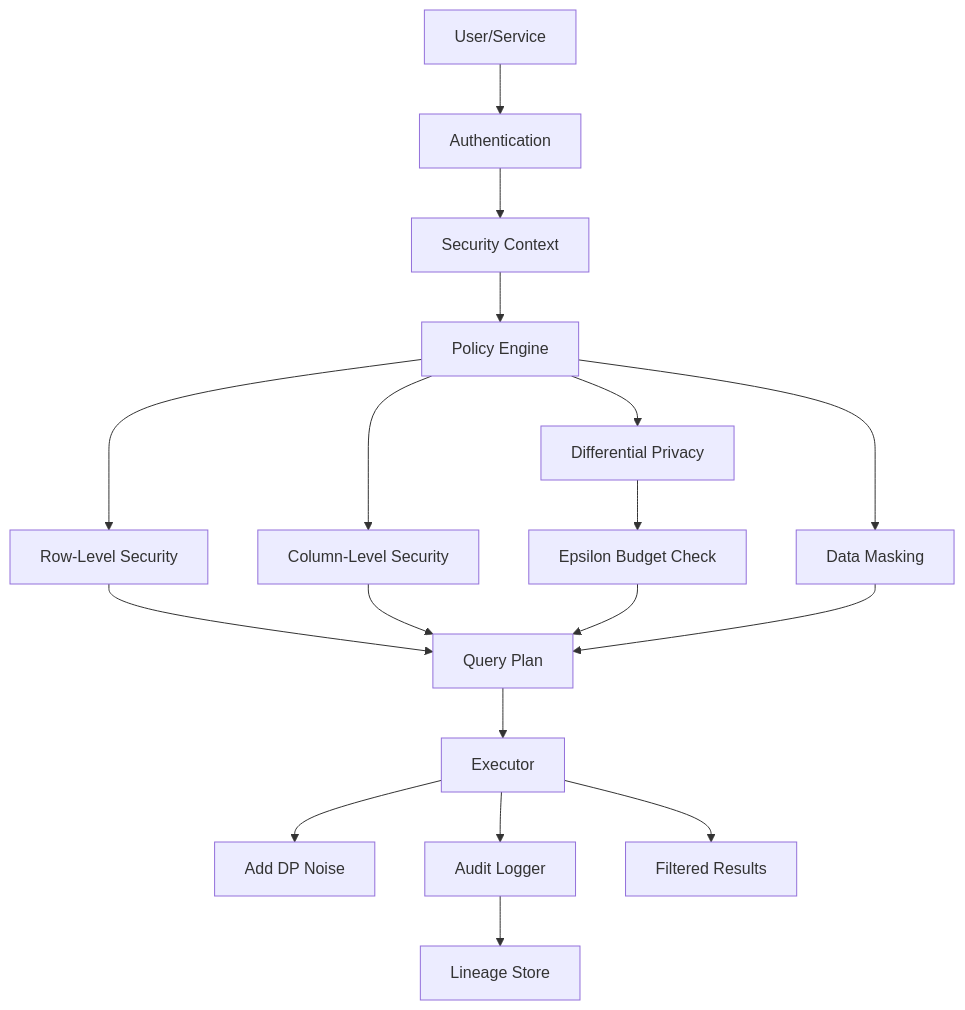
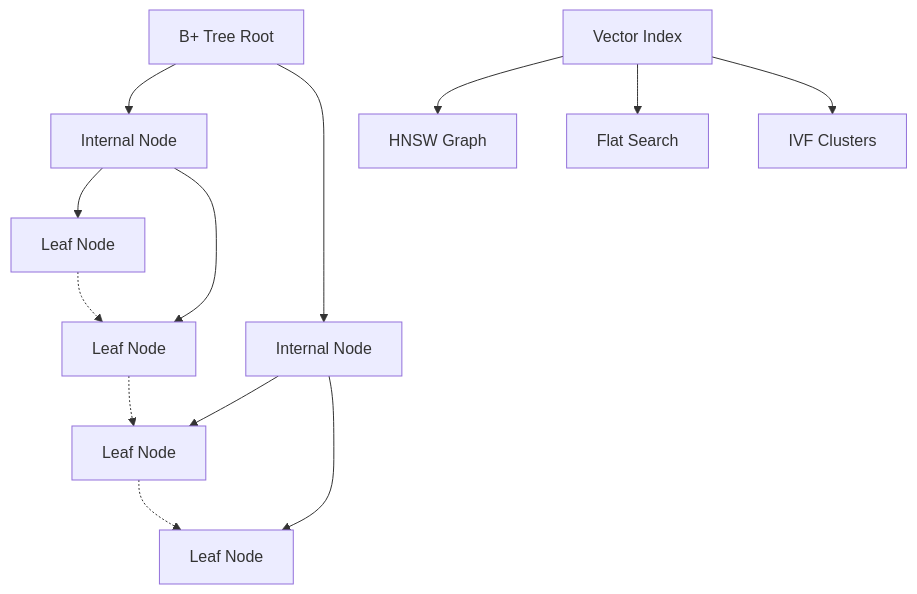
Before and after one commit to hoangsonww/LatticeDB-NextGen-DBMS: the third of 8 diagrams in ARCHITECTURE.md, drawn with Mermaid. The commit also changed other lines of this file and 177 other files, not shown here.

````diff
--- a/ARCHITECTURE.md
+++ b/ARCHITECTURE.md
@@ -359,24 +150,18 @@
 ```mermaid
-flowchart TD
-    U[User/Service] --> AUTH[Authentication]
-    AUTH --> CTX[Security Context]
-    CTX --> PE[Policy Engine]
+graph TD
+    Root[B+ Tree Root]
+    Root --> Internal1[Internal Node]
+    Root --> Internal2[Internal Node]
+    Internal1 --> Leaf1[Leaf Node]
+    Internal1 --> Leaf2[Leaf Node]
+    Internal2 --> Leaf3[Leaf Node]
+    Internal2 --> Leaf4[Leaf Node]
+    Leaf1 -.-> Leaf2
+    Leaf2 -.-> Leaf3
+    Leaf3 -.-> Leaf4
 
-    PE --> RLS[Row-Level Security]
-    PE --> CLS[Column-Level Security]
-    PE --> DP[Differential Privacy]
-    PE --> MASK[Data Masking]
-
-    RLS --> QP[Query Plan]
-    CLS --> QP
-    DP --> BUDGET[Epsilon Budget Check]
-    BUDGET --> QP
-    MASK --> QP
-
-    QP --> EXEC[Executor]
-    EXEC --> NOISE[Add DP Noise]
-    EXEC --> AUDIT[Audit Logger]
-    AUDIT --> LINEAGE[Lineage Store]
-
-    EXEC --> RESULT[Filtered Results]
+    Vector[Vector Index]
+    Vector --> HNSW[HNSW Graph]
+    Vector --> Flat[Flat Search]
+    Vector --> IVF[IVF Clusters]
 ```
````
